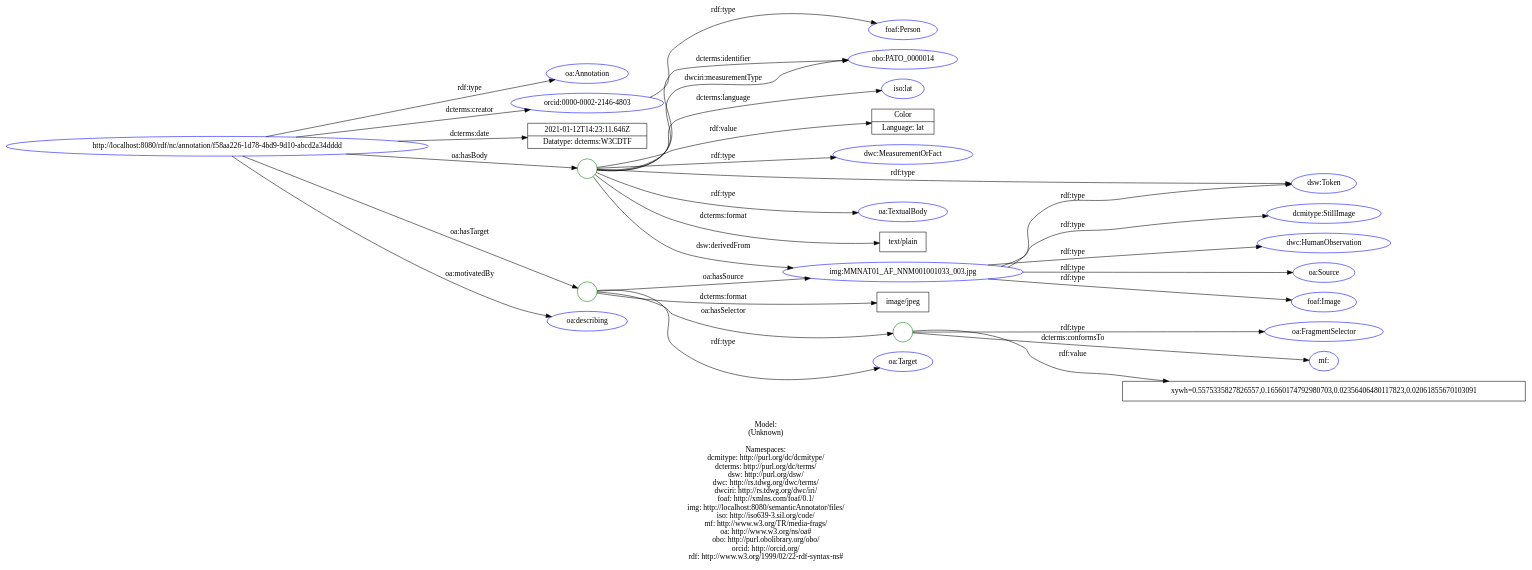
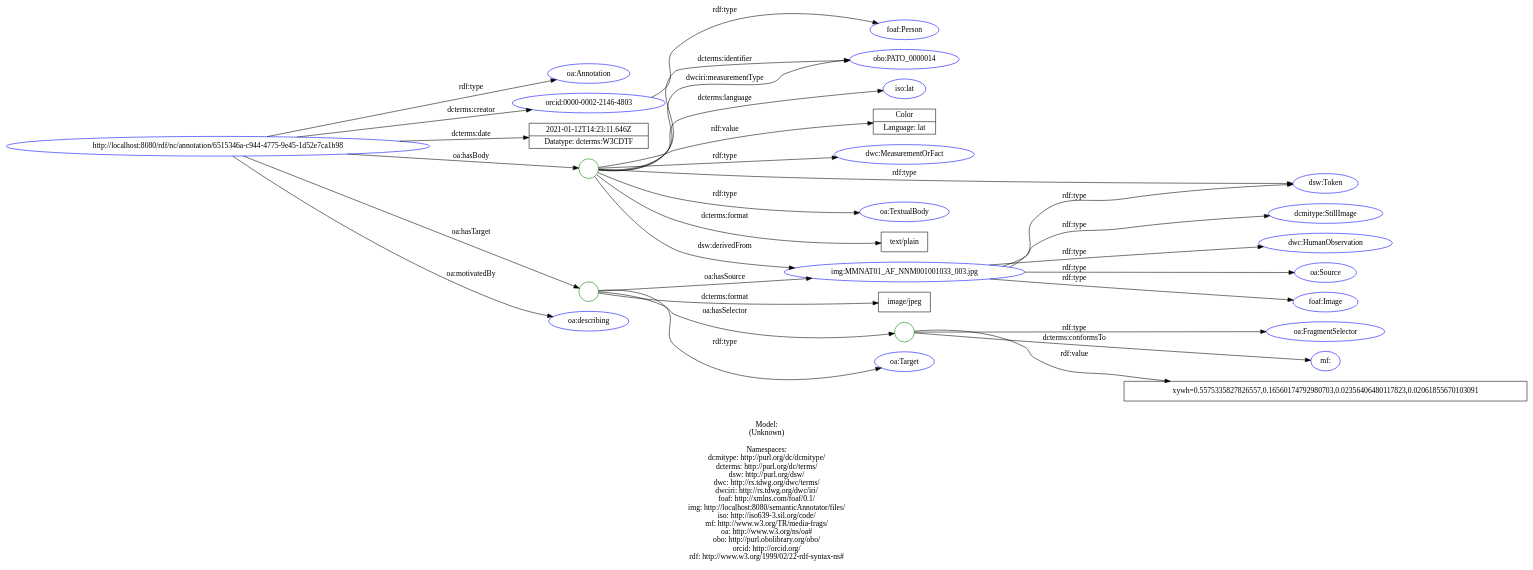
One commit to lisestork/SFB-Annotator changed the diagram in doc/models/example_5_1.dot. Above: the diagram before and after it, drawn with Graphviz. The commit also changed 21 other files, not shown here.

```diff
--- a/doc/models/example_5_1.dot
+++ b/doc/models/example_5_1.dot
@@ -1,67 +1,67 @@
 digraph {
 	rankdir = LR;
 	charset="utf-8";
 
-	"Rhttp://localhost:8080/rdf/nc/annotation/f58aa226-1d78-4bd9-9d10-abcd2a34dddd" -> "Roa:Annotation" [ label="rdf:type" ];
-	"Rhttp://localhost:8080/rdf/nc/annotation/f58aa226-1d78-4bd9-9d10-abcd2a34dddd" -> "Rorcid:0000-0002-2146-4803" [ label="dcterms:creator" ];
-	"Rhttp://localhost:8080/rdf/nc/annotation/f58aa226-1d78-4bd9-9d10-abcd2a34dddd" -> "L2021-01-12T14:23:11.646Z|Datatype: dcterms:W3CDTF" [ label="dcterms:date" ];
-	"Rhttp://localhost:8080/rdf/nc/annotation/f58aa226-1d78-4bd9-9d10-abcd2a34dddd" -> "B_:node1evflep6ex2" [ label="oa:hasBody" ];
-	"B_:node1evflep6ex2" -> "Rdsw:Token" [ label="rdf:type" ];
-	"B_:node1evflep6ex2" -> "Rdwc:MeasurementOrFact" [ label="rdf:type" ];
-	"B_:node1evflep6ex2" -> "Roa:TextualBody" [ label="rdf:type" ];
-	"B_:node1evflep6ex2" -> "Ltext/plain" [ label="dcterms:format" ];
-	"B_:node1evflep6ex2" -> "Robo:PATO_0000014" [ label="dcterms:identifier" ];
-	"B_:node1evflep6ex2" -> "Riso:lat" [ label="dcterms:language" ];
-	"B_:node1evflep6ex2" -> "Rimg:MMNAT01_AF_NNM001001033_003.jpg" [ label="dsw:derivedFrom" ];
-	"B_:node1evflep6ex2" -> "Robo:PATO_0000014" [ label="dwciri:measurementType" ];
-	"B_:node1evflep6ex2" -> "LColor|Language: lat" [ label="rdf:value" ];
-	"Rhttp://localhost:8080/rdf/nc/annotation/f58aa226-1d78-4bd9-9d10-abcd2a34dddd" -> "B_:node1evflep6ex1" [ label="oa:hasTarget" ];
-	"B_:node1evflep6ex1" -> "Roa:Target" [ label="rdf:type" ];
-	"B_:node1evflep6ex1" -> "Limage/jpeg" [ label="dcterms:format" ];
-	"B_:node1evflep6ex1" -> "B_:node1evflep6ex4" [ label="oa:hasSelector" ];
-	"B_:node1evflep6ex4" -> "Roa:FragmentSelector" [ label="rdf:type" ];
-	"B_:node1evflep6ex4" -> "Rmf:" [ label="dcterms:conformsTo" ];
-	"B_:node1evflep6ex4" -> "Lxywh=0.5575335827826557,0.16560174792980703,0.02356406480117823,0.02061855670103091" [ label="rdf:value" ];
-	"B_:node1evflep6ex1" -> "Rimg:MMNAT01_AF_NNM001001033_003.jpg" [ label="oa:hasSource" ];
-	"Rhttp://localhost:8080/rdf/nc/annotation/f58aa226-1d78-4bd9-9d10-abcd2a34dddd" -> "Roa:describing" [ label="oa:motivatedBy" ];
+	"Rhttp://localhost:8080/rdf/nc/annotation/6515346a-c944-4775-9e45-1d52e7ca1b98" -> "Roa:Annotation" [ label="rdf:type" ];
+	"Rhttp://localhost:8080/rdf/nc/annotation/6515346a-c944-4775-9e45-1d52e7ca1b98" -> "Rorcid:0000-0002-2146-4803" [ label="dcterms:creator" ];
+	"Rhttp://localhost:8080/rdf/nc/annotation/6515346a-c944-4775-9e45-1d52e7ca1b98" -> "L2021-01-12T14:23:11.646Z|Datatype: dcterms:W3CDTF" [ label="dcterms:date" ];
+	"Rhttp://localhost:8080/rdf/nc/annotation/6515346a-c944-4775-9e45-1d52e7ca1b98" -> "B_:node1f0go8rutx26" [ label="oa:hasBody" ];
+	"B_:node1f0go8rutx26" -> "Rdsw:Token" [ label="rdf:type" ];
+	"B_:node1f0go8rutx26" -> "Rdwc:MeasurementOrFact" [ label="rdf:type" ];
+	"B_:node1f0go8rutx26" -> "Roa:TextualBody" [ label="rdf:type" ];
+	"B_:node1f0go8rutx26" -> "Ltext/plain" [ label="dcterms:format" ];
+	"B_:node1f0go8rutx26" -> "Robo:PATO_0000014" [ label="dcterms:identifier" ];
+	"B_:node1f0go8rutx26" -> "Riso:lat" [ label="dcterms:language" ];
+	"B_:node1f0go8rutx26" -> "Rimg:MMNAT01_AF_NNM001001033_003.jpg" [ label="dsw:derivedFrom" ];
+	"B_:node1f0go8rutx26" -> "Robo:PATO_0000014" [ label="dwciri:measurementType" ];
+	"B_:node1f0go8rutx26" -> "LColor|Language: lat" [ label="rdf:value" ];
+	"Rhttp://localhost:8080/rdf/nc/annotation/6515346a-c944-4775-9e45-1d52e7ca1b98" -> "B_:node1f0go8rutx25" [ label="oa:hasTarget" ];
+	"B_:node1f0go8rutx25" -> "Roa:Target" [ label="rdf:type" ];
+	"B_:node1f0go8rutx25" -> "Limage/jpeg" [ label="dcterms:format" ];
+	"B_:node1f0go8rutx25" -> "B_:node1f0go8rutx28" [ label="oa:hasSelector" ];
+	"B_:node1f0go8rutx28" -> "Roa:FragmentSelector" [ label="rdf:type" ];
+	"B_:node1f0go8rutx28" -> "Rmf:" [ label="dcterms:conformsTo" ];
+	"B_:node1f0go8rutx28" -> "Lxywh=0.5575335827826557,0.16560174792980703,0.02356406480117823,0.02061855670103091" [ label="rdf:value" ];
+	"B_:node1f0go8rutx25" -> "Rimg:MMNAT01_AF_NNM001001033_003.jpg" [ label="oa:hasSource" ];
+	"Rhttp://localhost:8080/rdf/nc/annotation/6515346a-c944-4775-9e45-1d52e7ca1b98" -> "Roa:describing" [ label="oa:motivatedBy" ];
 	"Rorcid:0000-0002-2146-4803" -> "Rfoaf:Person" [ label="rdf:type" ];
 	"Rimg:MMNAT01_AF_NNM001001033_003.jpg" -> "Rdcmitype:StillImage" [ label="rdf:type" ];
 	"Rimg:MMNAT01_AF_NNM001001033_003.jpg" -> "Rdsw:Token" [ label="rdf:type" ];
 	"Rimg:MMNAT01_AF_NNM001001033_003.jpg" -> "Rdwc:HumanObservation" [ label="rdf:type" ];
 	"Rimg:MMNAT01_AF_NNM001001033_003.jpg" -> "Roa:Source" [ label="rdf:type" ];
 	"Rimg:MMNAT01_AF_NNM001001033_003.jpg" -> "Rfoaf:Image" [ label="rdf:type" ];
 
 	// Resources
-	"Rhttp://localhost:8080/rdf/nc/annotation/f58aa226-1d78-4bd9-9d10-abcd2a34dddd" [ label="http://localhost:8080/rdf/nc/annotation/f58aa226-1d78-4bd9-9d10-abcd2a34dddd", shape = ellipse, color = blue ];
+	"Rhttp://localhost:8080/rdf/nc/annotation/6515346a-c944-4775-9e45-1d52e7ca1b98" [ label="http://localhost:8080/rdf/nc/annotation/6515346a-c944-4775-9e45-1d52e7ca1b98", shape = ellipse, color = blue ];
 	"Roa:Annotation" [ label="oa:Annotation", shape = ellipse, color = blue ];
 	"Rorcid:0000-0002-2146-4803" [ label="orcid:0000-0002-2146-4803", shape = ellipse, color = blue ];
 	"Rdsw:Token" [ label="dsw:Token", shape = ellipse, color = blue ];
 	"Rdwc:MeasurementOrFact" [ label="dwc:MeasurementOrFact", shape = ellipse, color = blue ];
 	"Roa:TextualBody" [ label="oa:TextualBody", shape = ellipse, color = blue ];
 	"Robo:PATO_0000014" [ label="obo:PATO_0000014", shape = ellipse, color = blue ];
 	"Riso:lat" [ label="iso:lat", shape = ellipse, color = blue ];
 	"Rimg:MMNAT01_AF_NNM001001033_003.jpg" [ label="img:MMNAT01_AF_NNM001001033_003.jpg", shape = ellipse, color = blue ];
 	"Roa:Target" [ label="oa:Target", shape = ellipse, color = blue ];
 	"Roa:FragmentSelector" [ label="oa:FragmentSelector", shape = ellipse, color = blue ];
 	"Rmf:" [ label="mf:", shape = ellipse, color = blue ];
 	"Roa:describing" [ label="oa:describing", shape = ellipse, color = blue ];
 	"Rfoaf:Person" [ label="foaf:Person", shape = ellipse, color = blue ];
 	"Rdcmitype:StillImage" [ label="dcmitype:StillImage", shape = ellipse, color = blue ];
 	"Rdwc:HumanObservation" [ label="dwc:HumanObservation", shape = ellipse, color = blue ];
 	"Roa:Source" [ label="oa:Source", shape = ellipse, color = blue ];
 	"Rfoaf:Image" [ label="foaf:Image", shape = ellipse, color = blue ];
 
 	// Anonymous nodes
-	"B_:node1evflep6ex2" [ label="", shape = circle, color = green ];
-	"B_:node1evflep6ex1" [ label="", shape = circle, color = green ];
-	"B_:node1evflep6ex4" [ label="", shape = circle, color = green ];
+	"B_:node1f0go8rutx26" [ label="", shape = circle, color = green ];
+	"B_:node1f0go8rutx25" [ label="", shape = circle, color = green ];
+	"B_:node1f0go8rutx28" [ label="", shape = circle, color = green ];
 
 	// Literals
 	"L2021-01-12T14:23:11.646Z|Datatype: dcterms:W3CDTF" [ label="2021-01-12T14:23:11.646Z|Datatype: dcterms:W3CDTF", shape = record ];
 	"Ltext/plain" [ label="text/plain", shape = record ];
 	"LColor|Language: lat" [ label="Color|Language: lat", shape = record ];
 	"Limage/jpeg" [ label="image/jpeg", shape = record ];
 	"Lxywh=0.5575335827826557,0.16560174792980703,0.02356406480117823,0.02061855670103091" [ label="xywh=0.5575335827826557,0.16560174792980703,0.02356406480117823,0.02061855670103091", shape = record ];
 
 	label="\n\nModel:\n(Unknown)\n\nNamespaces:\ndcmitype: http://purl.org/dc/dcmitype/\ndcterms: http://purl.org/dc/terms/\ndsw: http://purl.org/dsw/\ndwc: http://rs.tdwg.org/dwc/terms/\ndwciri: http://rs.tdwg.org/dwc/iri/\nfoaf: http://xmlns.com/foaf/0.1/\nimg: http://localhost:8080/semanticAnnotator/files/\niso: http://iso639-3.sil.org/code/\nmf: http://www.w3.org/TR/media-frags/\noa: http://www.w3.org/ns/oa#\nobo: http://purl.obolibrary.org/obo/\norcid: http://orcid.org/\nrdf: http://www.w3.org/1999/02/22-rdf-syntax-ns#\n";
 }
```
